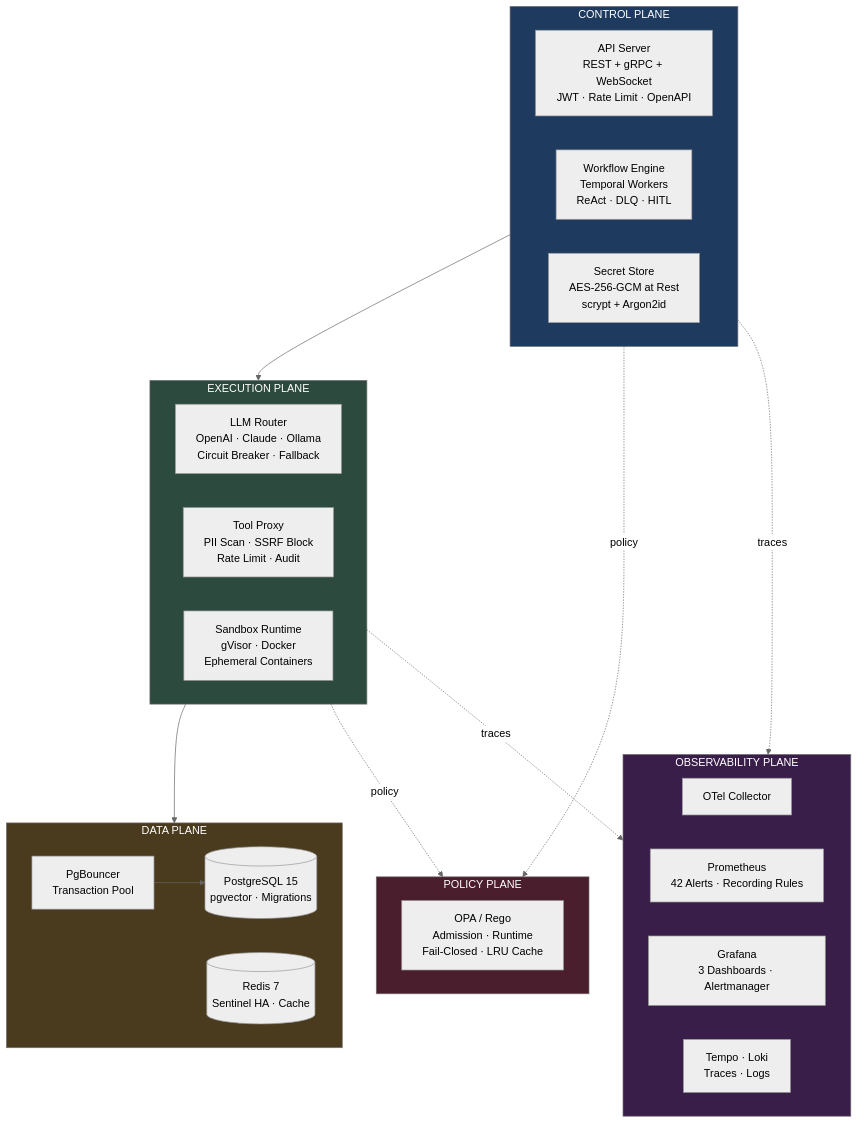
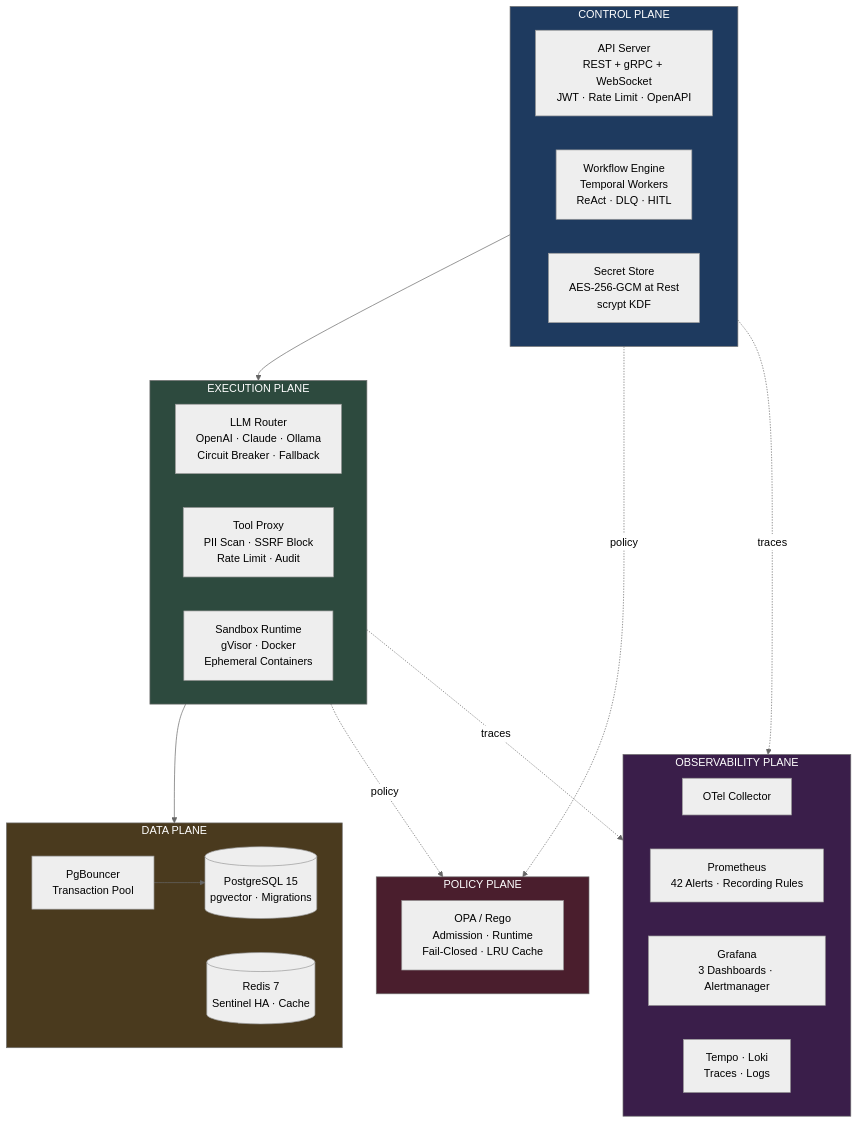
One commit to Ismail-2001/The-Kubernetes-of-AI-Agents changed the diagram in README.md. Above: the diagram before and after it, drawn with Mermaid (neutral theme). The commit also changed 9 other files, not shown here.

First line of the commit message:
fix(secret-store): stop embedding master key in ciphertext payloads

````diff
--- a/README.md
+++ b/README.md
@@ -114,45 +114,45 @@
 ```mermaid
 flowchart TB
     subgraph CP["CONTROL PLANE"]
         API["API Server<br/>REST + gRPC + WebSocket<br/>JWT · Rate Limit · OpenAPI"]
         WF["Workflow Engine<br/>Temporal Workers<br/>ReAct · DLQ · HITL"]
-        SEC["Secret Store<br/>AES-256-GCM at Rest<br/>scrypt + Argon2id"]
+        SEC["Secret Store<br/>AES-256-GCM at Rest<br/>scrypt KDF"]
     end
 
     subgraph EP["EXECUTION PLANE"]
         LLM["LLM Router<br/>OpenAI · Claude · Ollama<br/>Circuit Breaker · Fallback"]
         TOOL["Tool Proxy<br/>PII Scan · SSRF Block<br/>Rate Limit · Audit"]
         SBX["Sandbox Runtime<br/>gVisor · Docker<br/>Ephemeral Containers"]
     end
 
     subgraph DP["DATA PLANE"]
         PG[("PostgreSQL 15<br/>pgvector · Migrations")]
         REDIS[("Redis 7<br/>Sentinel HA · Cache")]
         PGB["PgBouncer<br/>Transaction Pool"]
     end
 
     subgraph PP["POLICY PLANE"]
         OPA["OPA / Rego<br/>Admission · Runtime<br/>Fail-Closed · LRU Cache"]
     end
 
     subgraph OP["OBSERVABILITY PLANE"]
         OTEL["OTel Collector"]
         PROM["Prometheus<br/>42 Alerts · Recording Rules"]
         GRAF["Grafana<br/>3 Dashboards · Alertmanager"]
         TEMPO["Tempo · Loki<br/>Traces · Logs"]
     end
 
     CP --> EP
     EP --> DP
     PGB --> PG
     CP -. policy .-> PP
     EP -. policy .-> PP
     CP -. traces .-> OP
     EP -. traces .-> OP
 
     style CP fill:#1e3a5f,color:#fff
     style EP fill:#2d4a3e,color:#fff
     style DP fill:#4a3a1e,color:#fff
     style PP fill:#4a1e2d,color:#fff
     style OP fill:#3a1e4a,color:#fff
 ```
````
